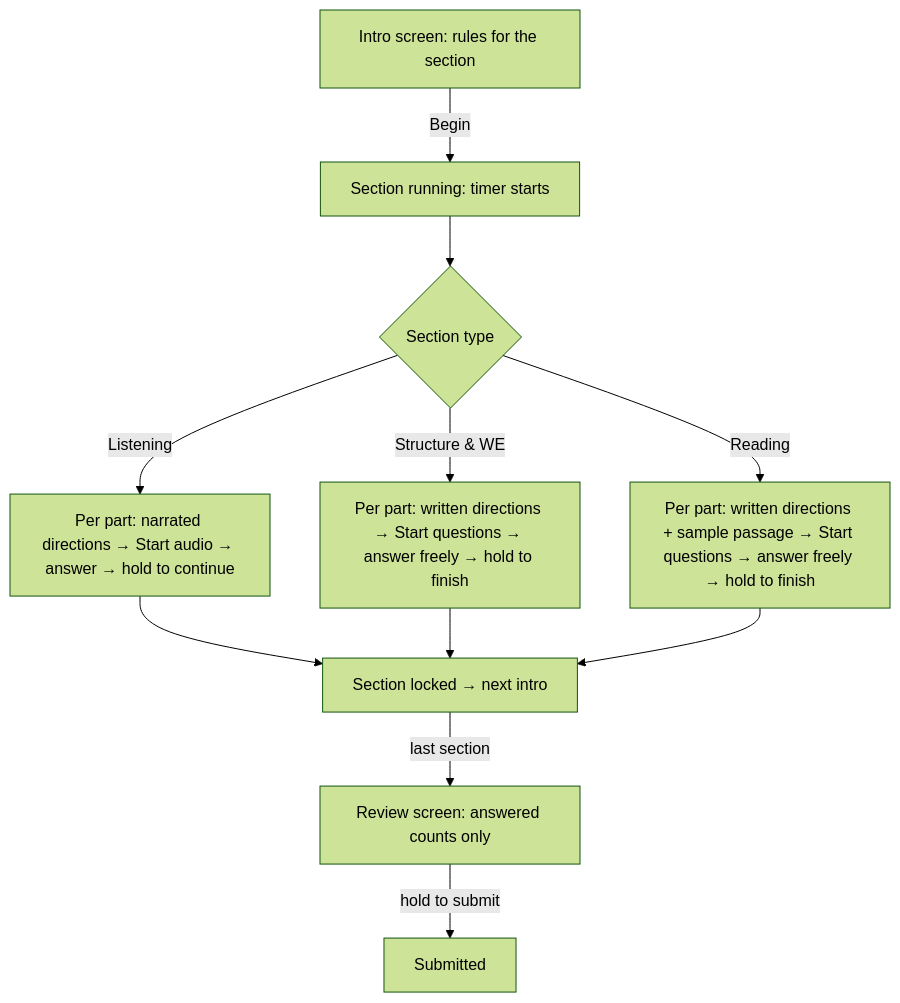
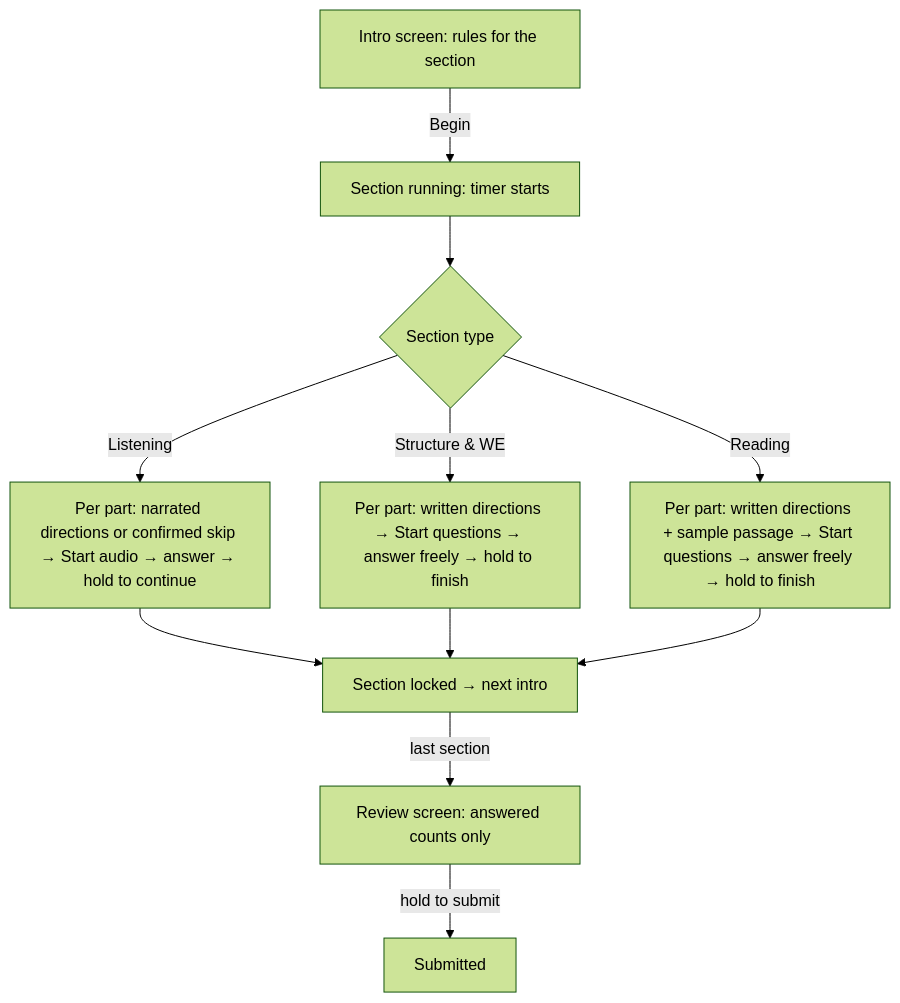
One commit to icha211/ielts-check-sample changed the first of 3 diagrams in toefl-sample/description.md. Above: the diagram before and after it, drawn with Mermaid (forest theme). The commit also changed other lines of this file and 1 other file, not shown here.

````diff
--- a/toefl-sample/description.md
+++ b/toefl-sample/description.md
@@ -41,13 +41,13 @@
 ```mermaid
 flowchart TD
   A[Intro screen: rules for the section] -->|Begin| B[Section running: timer starts]
   B --> C{Section type}
-  C -->|Listening| L[Per part: narrated directions → Start audio → answer → hold to continue]
+  C -->|Listening| L[Per part: narrated directions or confirmed skip → Start audio → answer → hold to continue]
   C -->|Structure & WE| S[Per part: written directions → Start questions → answer freely → hold to finish]
   C -->|Reading| R[Per part: written directions + sample passage → Start questions → answer freely → hold to finish]
   L --> D[Section locked → next intro]
   S --> D
   R --> D
   D -->|last section| E[Review screen: answered counts only]
   E -->|hold to submit| F[Submitted]
 ```
````
